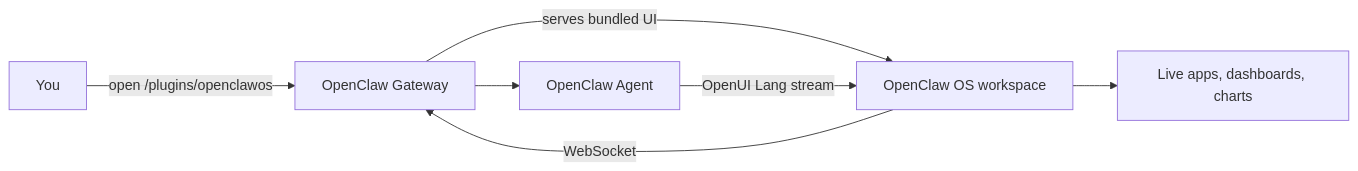
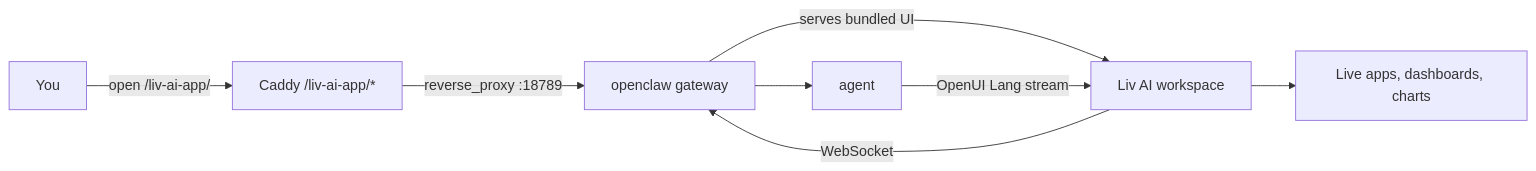
Before and after one commit to utopusc/livinity-io: the diagram in livos/packages/liv-claw-os/README.md, drawn with Mermaid. The commit also changed other lines of this file and 16 other files, not shown here.

First line of the commit message:
chore(203-02): rebrand user-visible strings OpenClaw -> Liv AI

````diff
--- a/livos/packages/liv-claw-os/README.md
+++ b/livos/packages/liv-claw-os/README.md
@@ -81,9 +71,10 @@
 ```mermaid
 flowchart LR
-    U["You"] -->|"open /plugins/openclawos"| G["OpenClaw Gateway"]
-    G -->|"serves bundled UI"| W["OpenClaw OS workspace"]
+    U["You"] -->|"open /liv-ai-app/"| C["Caddy /liv-ai-app/*"]
+    C -->|"reverse_proxy :18789"| G["openclaw gateway"]
+    G -->|"serves bundled UI"| W["Liv AI workspace"]
     W -->|"WebSocket"| G
-    G --> A["OpenClaw Agent"]
+    G --> A["agent"]
     A -->|"OpenUI Lang stream"| W
     W --> R["Live apps, dashboards, charts"]
 ```
````
